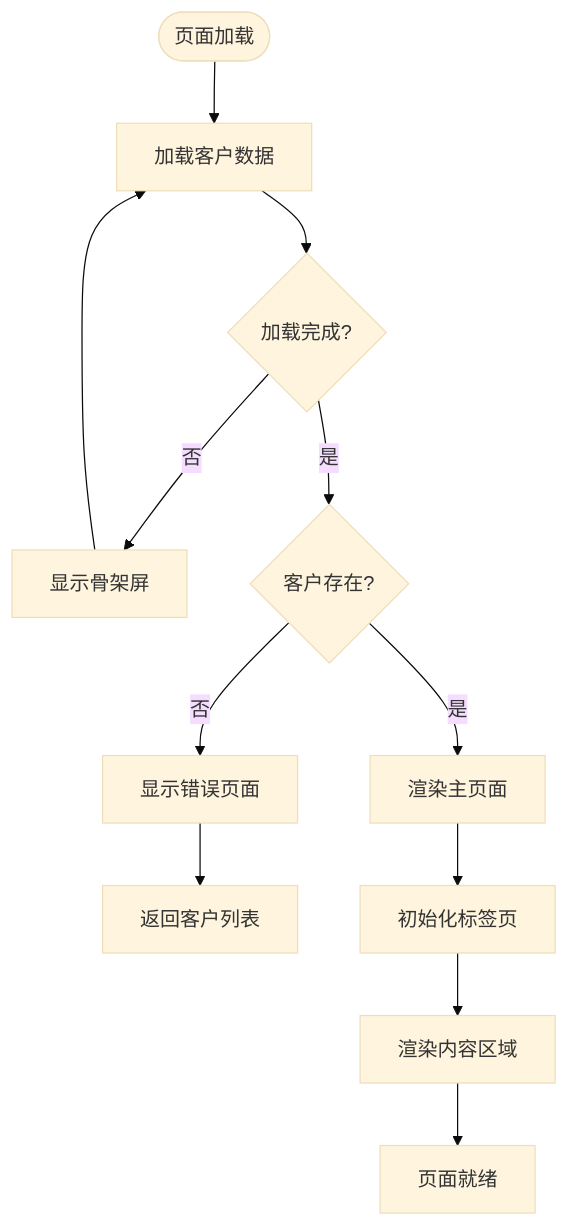
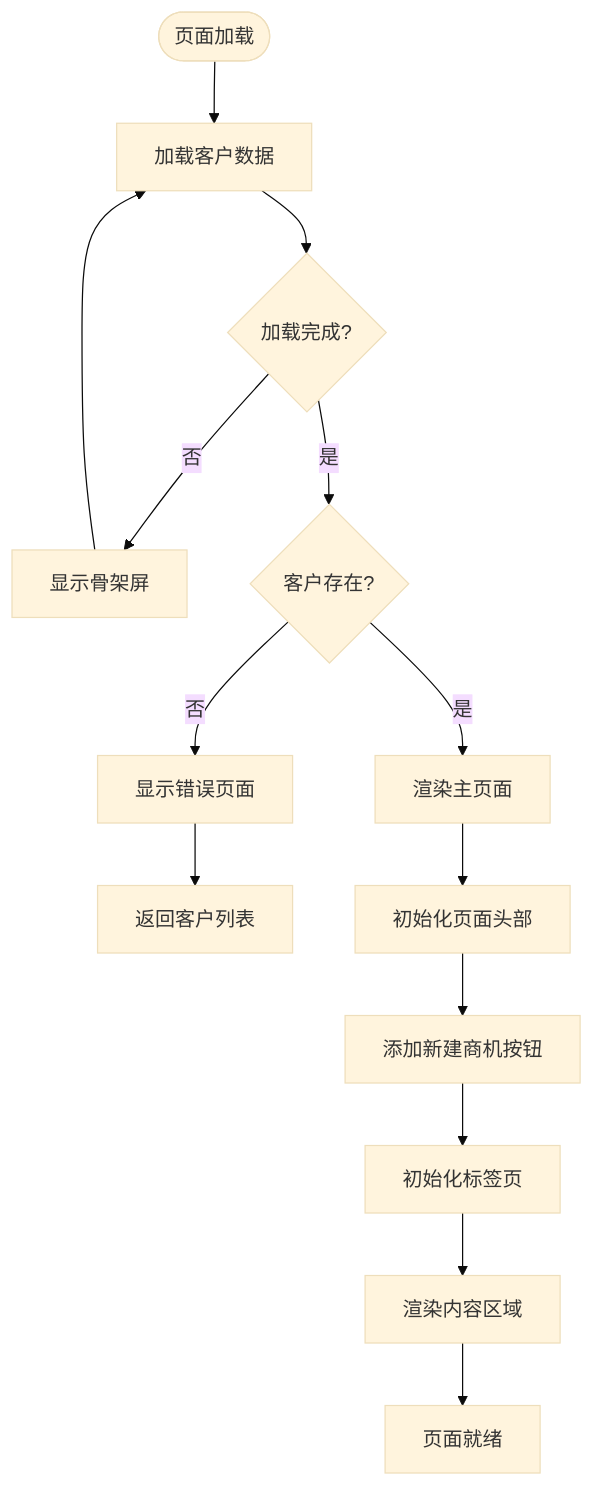
The third of 9 diagrams in .qoder/repowiki/zh/content/Customer Detail Page.md (xianjianshenqu/SalesFlow-CRM), drawn with Mermaid (base theme) before and after one commit. The commit also changed other lines of this file and 28 other files, not shown here.

````diff
--- a/.qoder/repowiki/zh/content/Customer Detail Page.md
+++ b/.qoder/repowiki/zh/content/Customer Detail Page.md
@@ -139,14 +165,16 @@
 ```mermaid
 flowchart TD
 Start([页面加载]) --> LoadData[加载客户数据]
 LoadData --> CheckLoading{加载完成?}
 CheckLoading --> |否| ShowSkeleton[显示骨架屏]
 CheckLoading --> |是| CheckCustomer{客户存在?}
 CheckCustomer --> |否| ShowError[显示错误页面]
 CheckCustomer --> |是| RenderPage[渲染主页面]
 ShowSkeleton --> LoadData
 ShowError --> NavigateBack[返回客户列表]
-RenderPage --> SetupTabs[初始化标签页]
+RenderPage --> SetupHeader[初始化页面头部]
+SetupHeader --> SetupButtons[添加新建商机按钮]
+SetupButtons --> SetupTabs[初始化标签页]
 SetupTabs --> RenderContent[渲染内容区域]
 RenderContent --> Ready[页面就绪]
 ```
````
